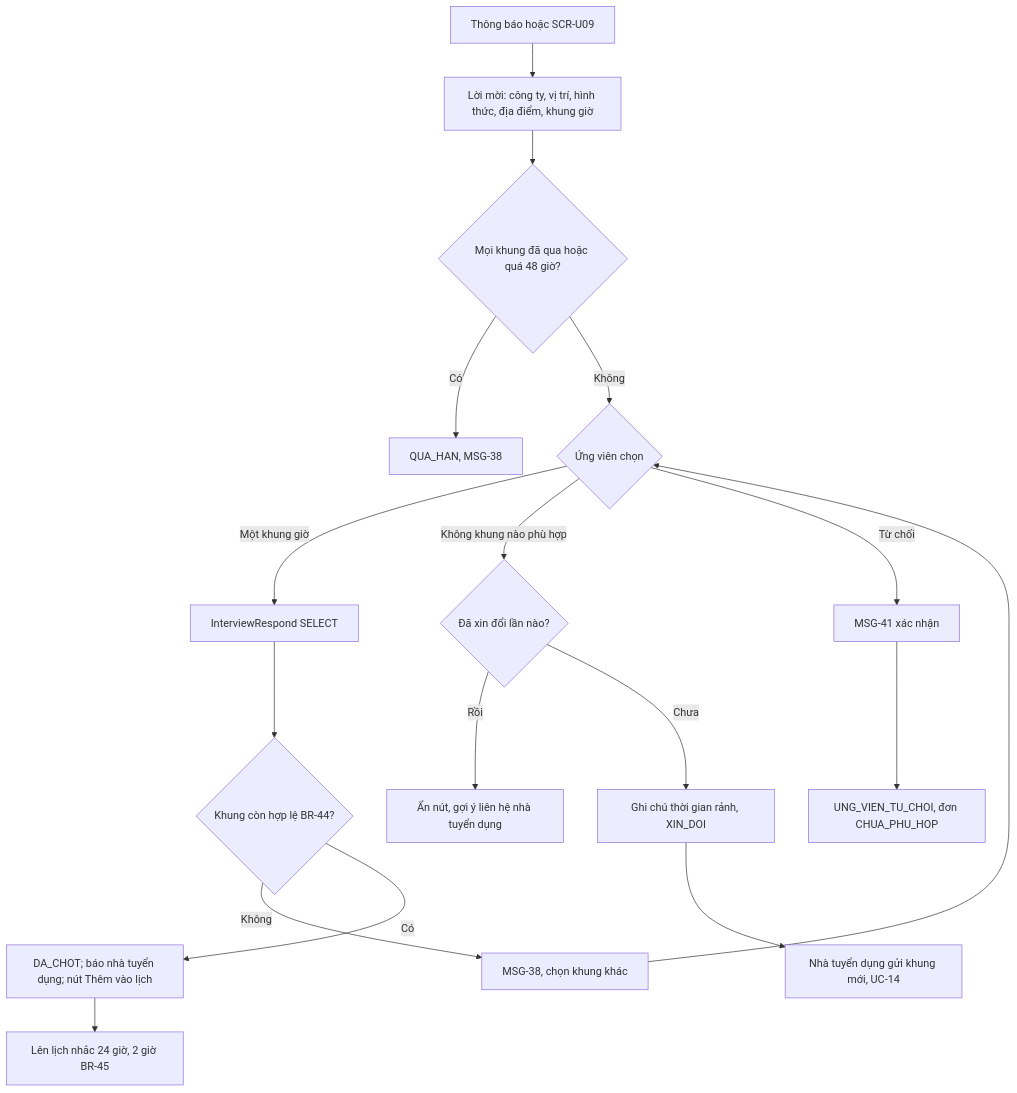
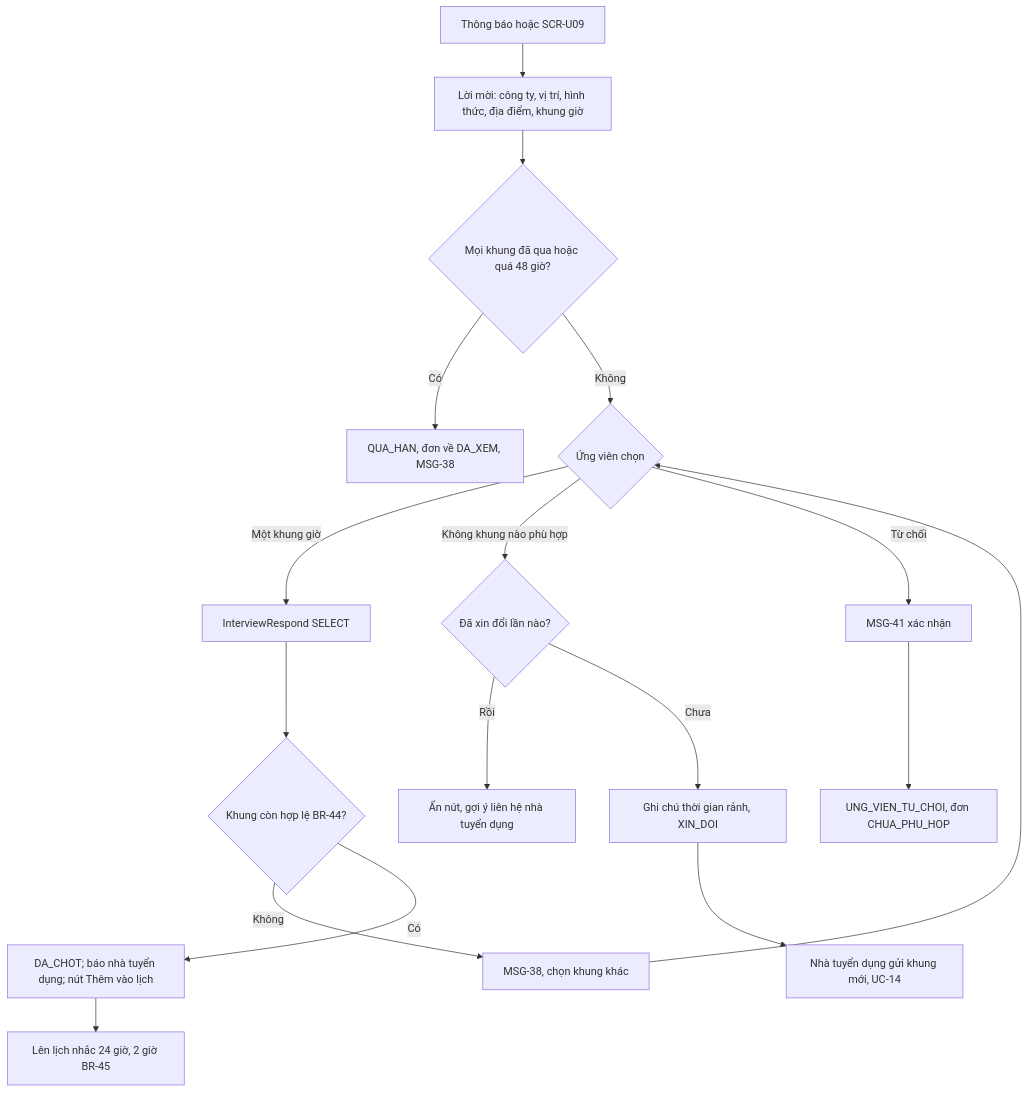
The fifth of 6 diagrams in docs/TN04-xu-ly-ho-so-phong-van/SRS.md (uxfoundation-vn/de05-app-tim-viec), drawn with Mermaid before and after one commit. The commit also changed other lines of this file and 8 other files, not shown here.

````diff
--- a/docs/TN04-xu-ly-ho-so-phong-van/SRS.md
+++ b/docs/TN04-xu-ly-ho-so-phong-van/SRS.md
@@ -247,18 +247,18 @@
 ```mermaid
 flowchart TD
   A["Thông báo hoặc SCR-U09"] --> B["Lời mời: công ty, vị trí, hình thức, địa điểm, khung giờ"]
   B --> C{"Mọi khung đã qua hoặc quá 48 giờ?"}
-  C -->|Có| C1["QUA_HAN, MSG-38"]
+  C -->|Có| C1["QUA_HAN, đơn về DA_XEM, MSG-38"]
   C -->|Không| D{"Ứng viên chọn"}
   D -->|Một khung giờ| E["InterviewRespond SELECT"]
   E --> F{"Khung còn hợp lệ BR-44?"}
   F -->|Không| F1["MSG-38, chọn khung khác"] --> D
   F -->|Có| G["DA_CHOT; báo nhà tuyển dụng; nút Thêm vào lịch"]
   G --> H["Lên lịch nhắc 24 giờ, 2 giờ BR-45"]
   D -->|Không khung nào phù hợp| I{"Đã xin đổi lần nào?"}
   I -->|Rồi| I1["Ẩn nút, gợi ý liên hệ nhà tuyển dụng"]
   I -->|Chưa| J["Ghi chú thời gian rảnh, XIN_DOI"]
   J --> K["Nhà tuyển dụng gửi khung mới, UC-14"]
   D -->|Từ chối| L["MSG-41 xác nhận"]
   L --> M["UNG_VIEN_TU_CHOI, đơn CHUA_PHU_HOP"]
 ```
````
